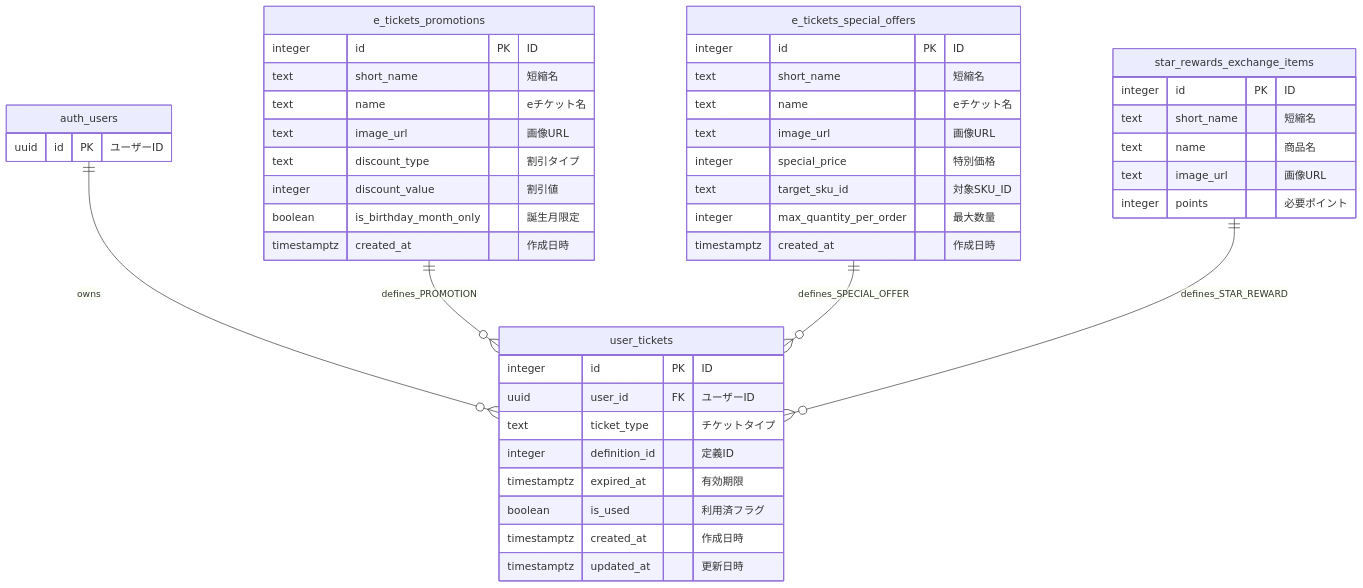
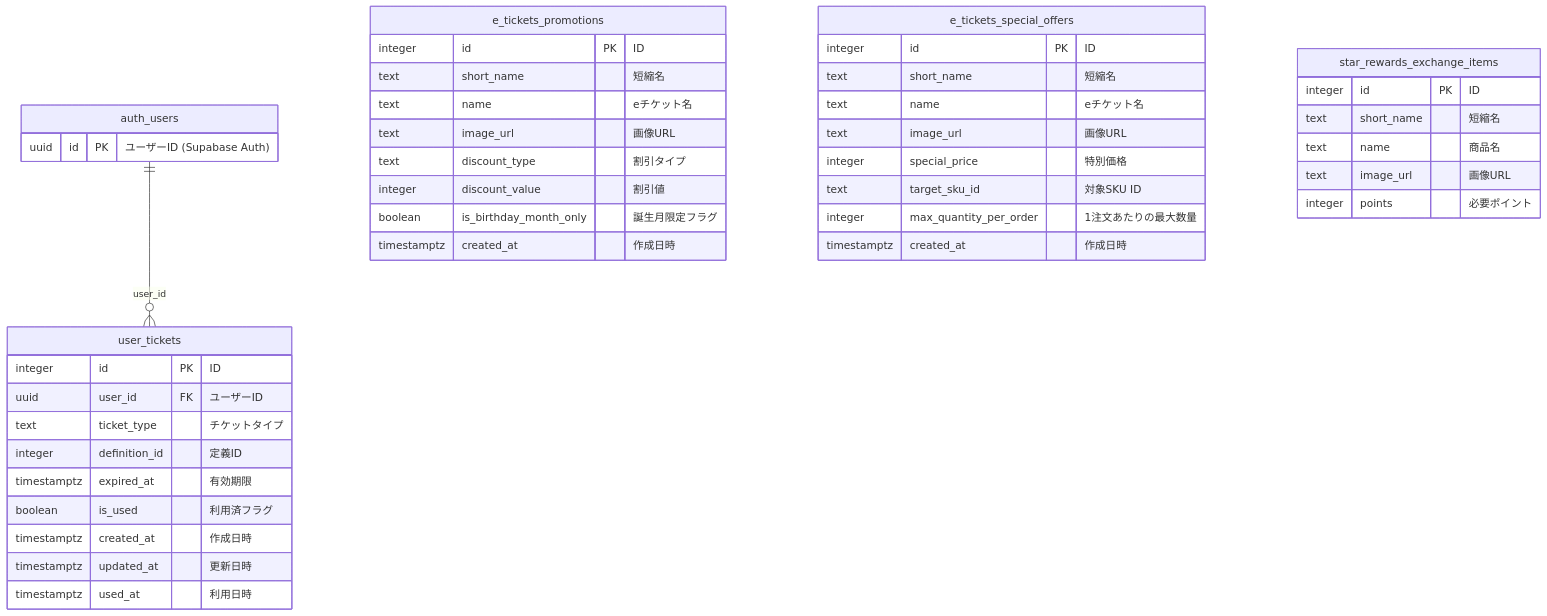
One commit to eno-conan/flutter-starbucks-clone-public changed the diagram in supabase_schema/supabase/entity_relationship/er_diagram_eticket.mmd. Above: the diagram before and after it, drawn with Mermaid. The commit also changed 102 other files, not shown here.

```diff
--- a/supabase_schema/supabase/entity_relationship/er_diagram_eticket.mmd
+++ b/supabase_schema/supabase/entity_relationship/er_diagram_eticket.mmd
@@ -1,52 +1,48 @@
 erDiagram
-    %% eチケット関連のER図
-    
-    auth_users ||--o{ user_tickets : "owns"
-    e_tickets_promotions ||--o{ user_tickets : "defines_PROMOTION"
-    e_tickets_special_offers ||--o{ user_tickets : "defines_SPECIAL_OFFER"
-    star_rewards_exchange_items ||--o{ user_tickets : "defines_STAR_REWARD"
-    
+    auth_users ||--o{ user_tickets : "user_id"
+
     auth_users {
-        uuid id PK "ユーザーID"
+        uuid id PK "ユーザーID (Supabase Auth)"
     }
-    
+
     user_tickets {
         integer id PK "ID"
         uuid user_id FK "ユーザーID"
         text ticket_type "チケットタイプ"
         integer definition_id "定義ID"
         timestamptz expired_at "有効期限"
         boolean is_used "利用済フラグ"
         timestamptz created_at "作成日時"
         timestamptz updated_at "更新日時"
+        timestamptz used_at "利用日時"
     }
-    
+
     e_tickets_promotions {
         integer id PK "ID"
         text short_name "短縮名"
         text name "eチケット名"
         text image_url "画像URL"
         text discount_type "割引タイプ"
         integer discount_value "割引値"
-        boolean is_birthday_month_only "誕生月限定"
+        boolean is_birthday_month_only "誕生月限定フラグ"
         timestamptz created_at "作成日時"
     }
-    
+
     e_tickets_special_offers {
         integer id PK "ID"
         text short_name "短縮名"
         text name "eチケット名"
         text image_url "画像URL"
         integer special_price "特別価格"
-        text target_sku_id "対象SKU_ID"
-        integer max_quantity_per_order "最大数量"
+        text target_sku_id "対象SKU ID"
+        integer max_quantity_per_order "1注文あたりの最大数量"
         timestamptz created_at "作成日時"
     }
-    
+
     star_rewards_exchange_items {
         integer id PK "ID"
         text short_name "短縮名"
         text name "商品名"
         text image_url "画像URL"
         integer points "必要ポイント"
     }
```
